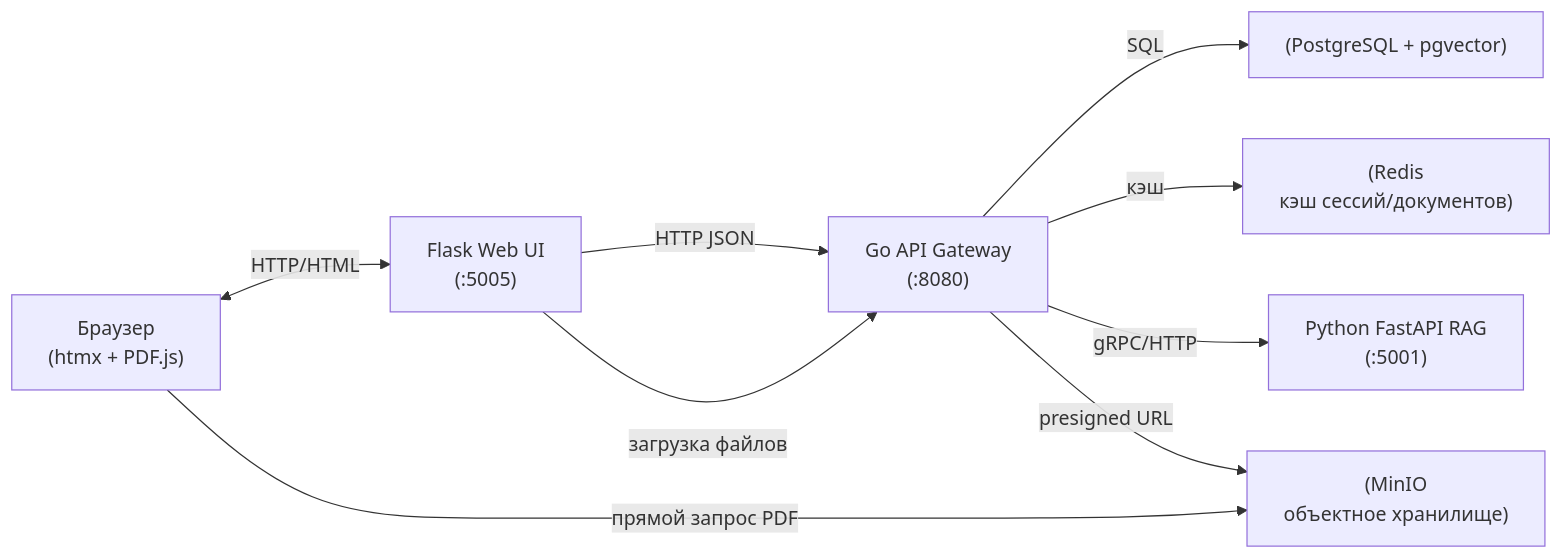
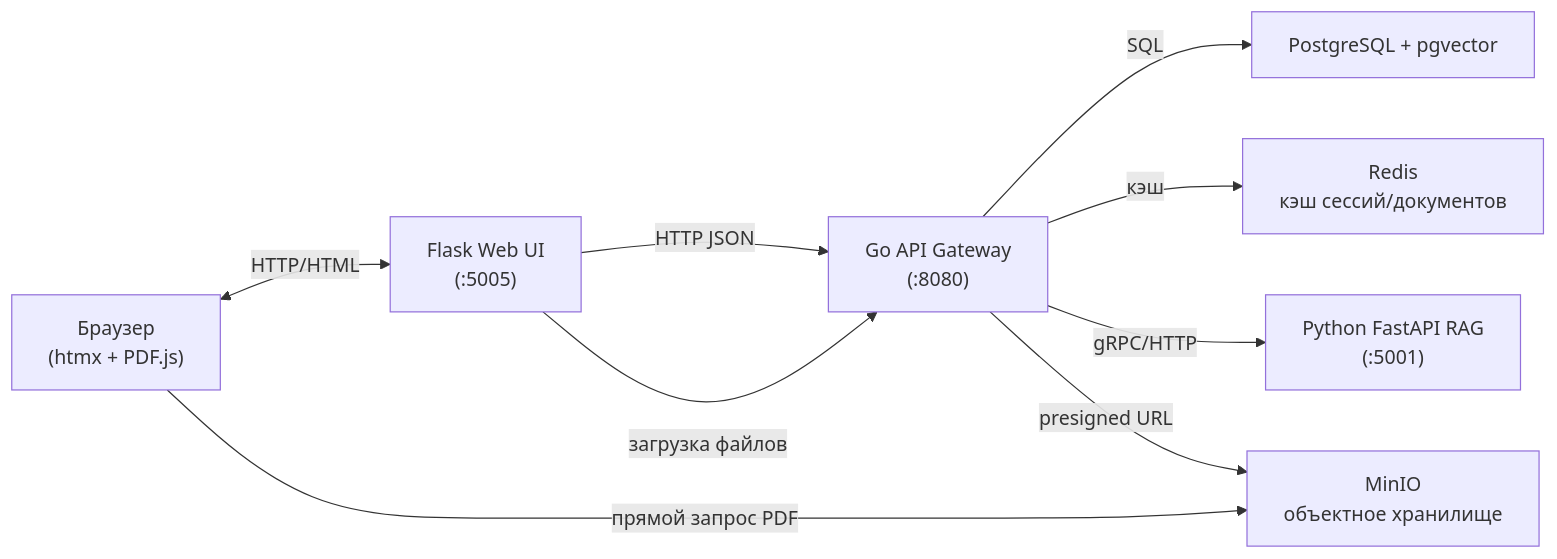
Before and after one commit to AndB0ndar/doc-archive: the diagram in README.md, drawn with Mermaid.

````diff
--- a/README.md
+++ b/README.md
@@ -24,24 +24,24 @@
 ```mermaid
 flowchart LR
     Browser["Браузер
 (htmx + PDF.js)"]
     WebUI["Flask Web UI
 (:5005)"]
     GoAPI["Go API Gateway
 (:8080)"]
-    Postgres["(PostgreSQL + pgvector)"]
-    Redis["(Redis
-кэш сессий/документов)"]
+    Postgres["PostgreSQL + pgvector"]
+    Redis["Redis
+кэш сессий/документов"]
     RAG["Python FastAPI RAG
 (:5001)"]
-    MinIO["(MinIO\nобъектное хранилище)"]
+    MinIO["MinIO\nобъектное хранилище"]
 
     Browser <-->|HTTP/HTML| WebUI
     WebUI -->|HTTP JSON| GoAPI
     GoAPI -->|SQL| Postgres
     GoAPI -->|кэш| Redis
     GoAPI -->|gRPC/HTTP| RAG
     GoAPI -->|presigned URL| MinIO
     WebUI -->|загрузка файлов| GoAPI
     Browser -->|прямой запрос PDF| MinIO
 ```
````
